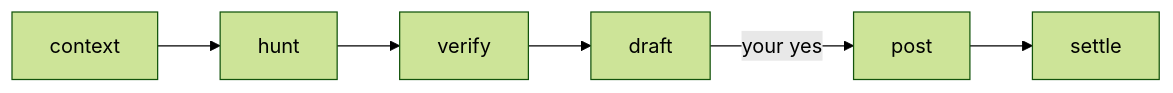
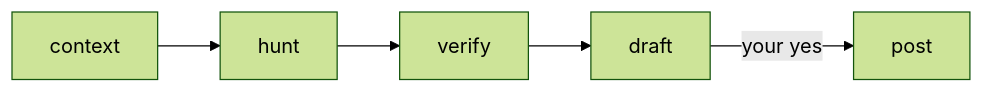
Before and after one commit to abdelrahman-elkady/skills: the diagram in skills/review-pr/README.md, drawn with Mermaid (forest theme). The commit also changed other lines of this file and 2 other files, not shown here.

````diff
--- a/skills/review-pr/README.md
+++ b/skills/review-pr/README.md
@@ -5,4 +5,4 @@
 ```mermaid
 flowchart LR
-  context --> hunt --> verify --> draft -->|your yes| post --> settle
+  context --> hunt --> verify --> draft -->|your yes| post
 ```
````
